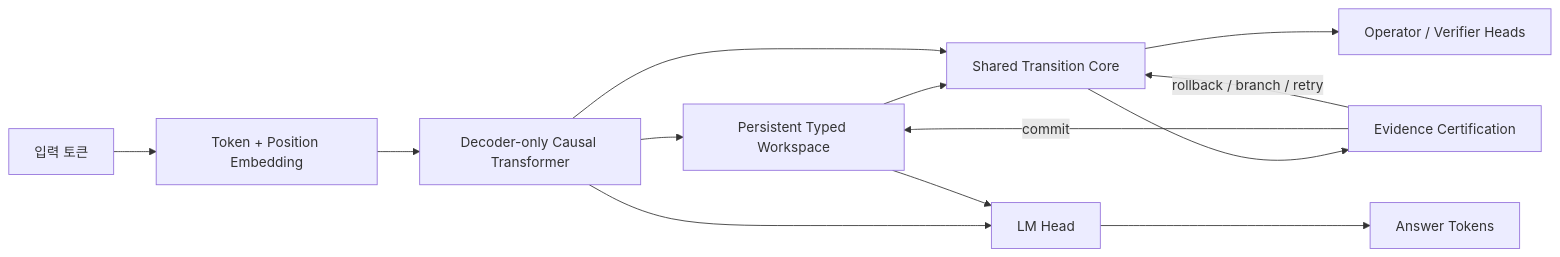
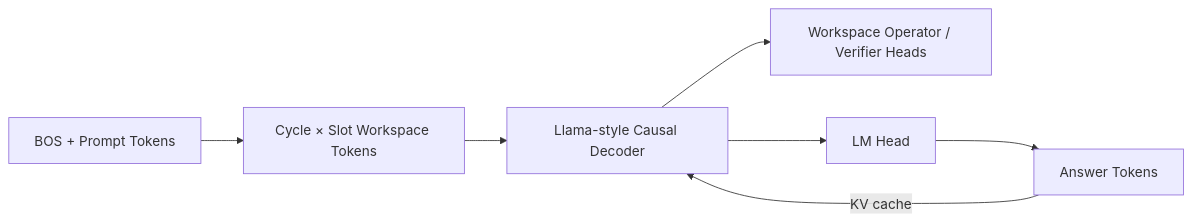
The diagram in README.md (dkekzhs/cerpt-model), drawn with Mermaid before and after one commit. The commit also changed other lines of this file and 38 other files, not shown here.

````diff
--- a/README.md
+++ b/README.md
@@ -31,15 +33,9 @@
 ```mermaid
 flowchart LR
-    I[입력 토큰] --> E[Token + Position Embedding]
-    E --> D[Decoder-only Causal Transformer]
-    D --> W[Persistent Typed Workspace]
-    W --> T[Shared Transition Core]
-    D --> T
-    T --> O[Operator / Verifier Heads]
-    T --> C[Evidence Certification]
-    C -->|commit| W
-    C -->|rollback / branch / retry| T
+    I[BOS + Prompt Tokens] --> W[Cycle × Slot Workspace Tokens]
+    W --> D[Llama-style Causal Decoder]
+    D --> O[Workspace Operator / Verifier Heads]
     D --> L[LM Head]
-    W --> L
     L --> A[Answer Tokens]
+    A -->|KV cache| D
 ```
````
